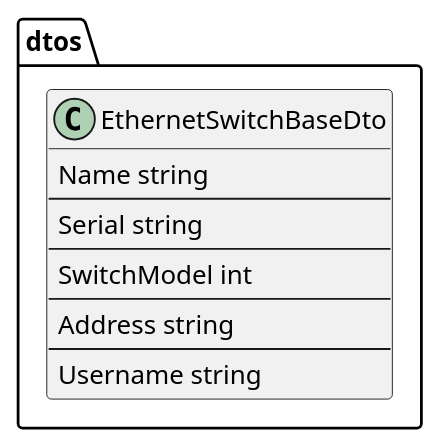
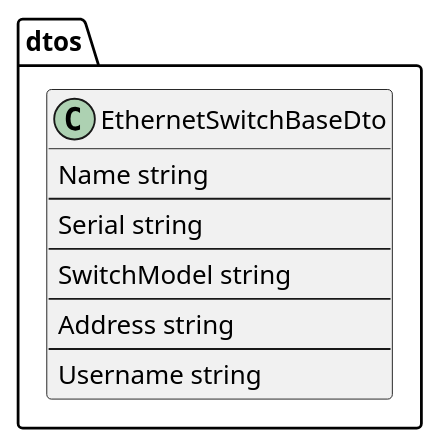
One commit to lf-edge/rol changed the diagram in docs/plantuml/dto/EthernetSwitch/EthernetSwitchBaseDto.puml. Above: the diagram before and after it, drawn with PlantUML. The commit also changed 2 other files, not shown here.

Commit message:
docs: puml: ethernet-switch: switch model enum type to string

```diff
--- a/docs/plantuml/dto/EthernetSwitch/EthernetSwitchBaseDto.puml
+++ b/docs/plantuml/dto/EthernetSwitch/EthernetSwitchBaseDto.puml
@@ -1,17 +1,17 @@
 @startuml EthernetSwitchBaseDto
 
 package dtos {
     class EthernetSwitchBaseDto {
         Name string
         --
         Serial string
         --
-        SwitchModel int
+        SwitchModel string
         --
         Address string
         --
         Username string
     }
 }
 
 @enduml
```
